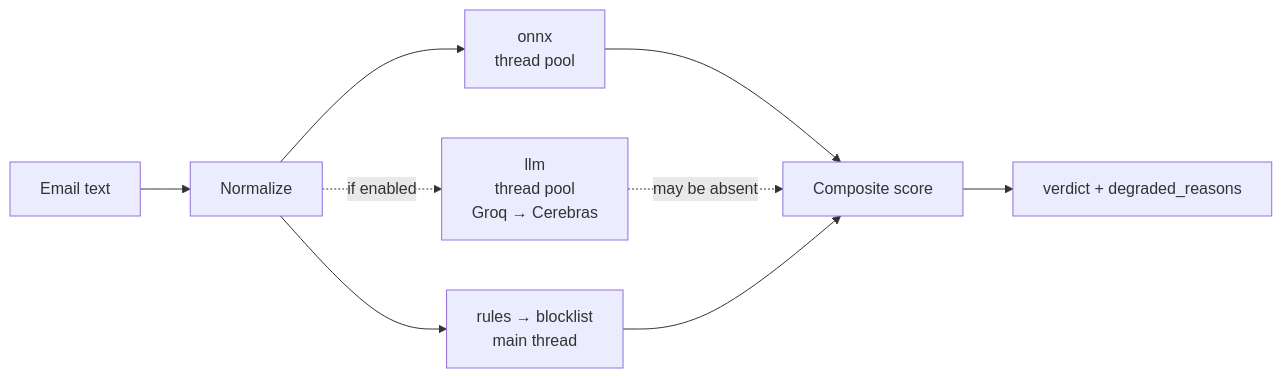
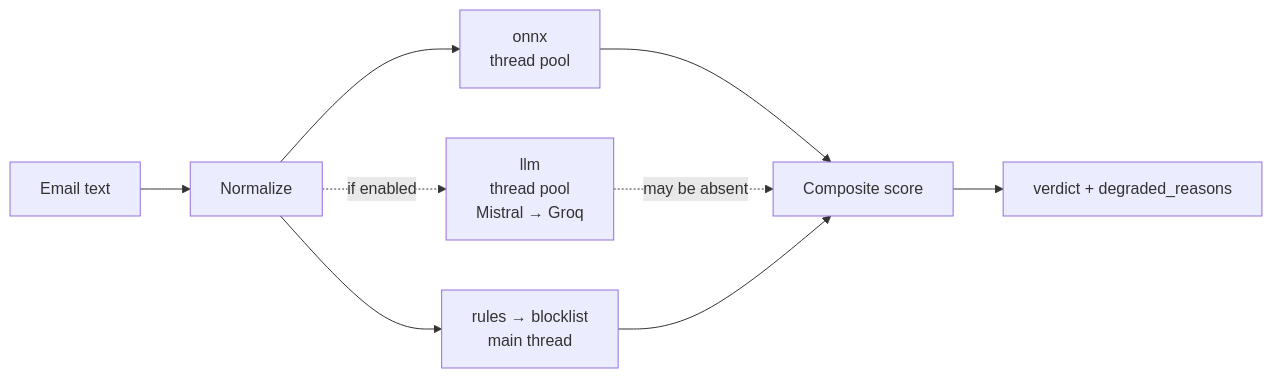
The second of 2 diagrams in README.md (MichAdebayo/sicurre-ml), drawn with Mermaid before and after one commit. The commit also changed other lines of this file and 3 other files, not shown here.

````diff
--- a/README.md
+++ b/README.md
@@ -75,11 +75,11 @@
 ```mermaid
 flowchart LR
     IN["Email text"] --> N["Normalize"]
     N --> O["onnx<br/>thread pool"]
-    N -.->|"if enabled"| L["llm<br/>thread pool<br/>Groq → Cerebras"]
+    N -.->|"if enabled"| L["llm<br/>thread pool<br/>Mistral → Groq"]
     N --> S["rules → blocklist<br/>main thread"]
     O --> C["Composite score"]
     L -.->|"may be absent"| C
     S --> C
     C --> V["verdict + degraded_reasons"]
 ```
````
